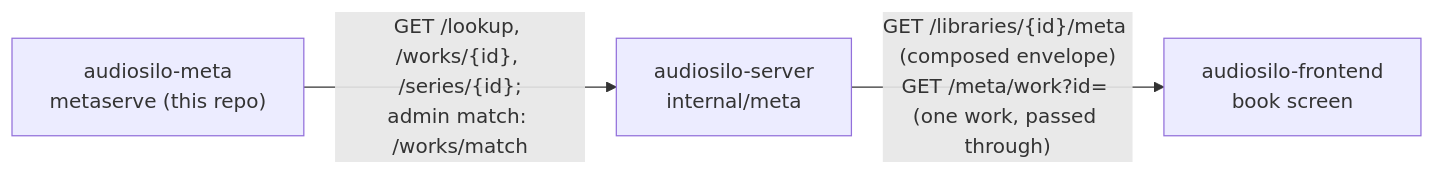
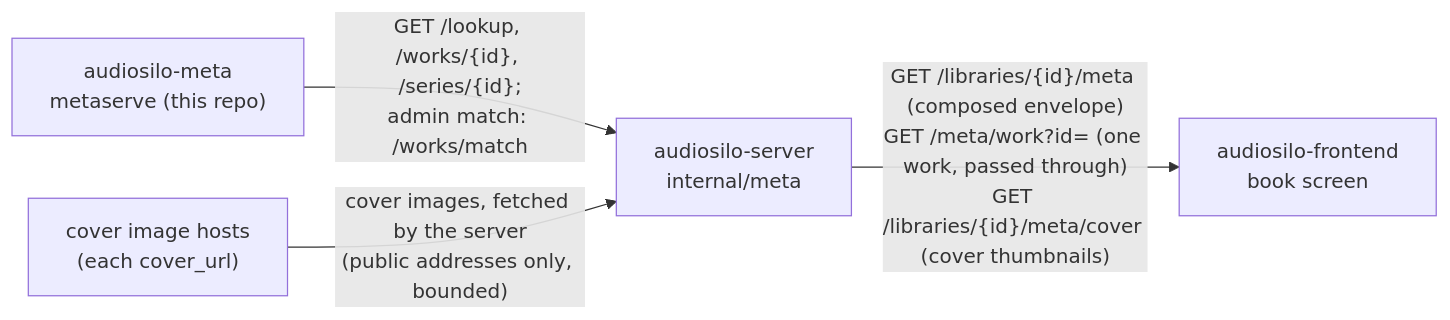
One commit to KodeStar/audiosilo-docs changed the diagram in docs-developers/meta/overview.md. Above: the diagram before and after it, drawn with Mermaid. The commit also changed other lines of this file and 10 other files, not shown here.

Commit message:
Community covers through the server (meta_covers)

````diff
--- a/docs-developers/meta/overview.md
+++ b/docs-developers/meta/overview.md
@@ -224,8 +227,10 @@
 ```mermaid
 flowchart LR
     meta["audiosilo-meta<br/>metaserve (this repo)"]
+    hosts["cover image hosts<br/>(each cover_url)"]
     srv["audiosilo-server<br/>internal/meta"]
     player["audiosilo-frontend<br/>book screen"]
     meta -->|"GET /lookup, /works/{id}, /series/{id};<br/>admin match: /works/match"| srv
-    srv -->|"GET /libraries/{id}/meta (composed envelope)<br/>GET /meta/work?id= (one work, passed through)"| player
+    hosts -->|"cover images, fetched by the server<br/>(public addresses only, bounded)"| srv
+    srv -->|"GET /libraries/{id}/meta (composed envelope)<br/>GET /meta/work?id= (one work, passed through)<br/>GET /libraries/{id}/meta/cover (cover thumbnails)"| player
 ```
````
